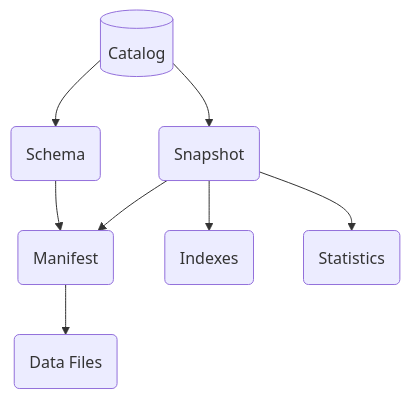
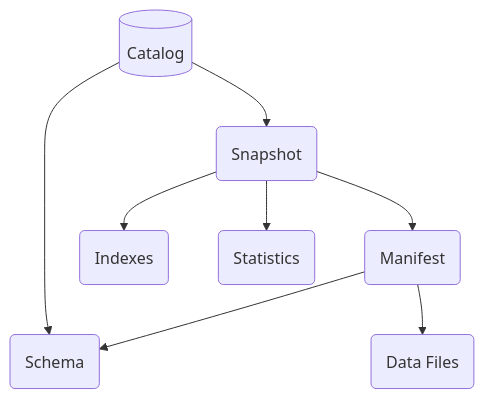
Before and after one commit to mabel-dev/tarchia: the diagram in README.md, drawn with Mermaid.

```diff
--- a/README.md
+++ b/README.md
@@ -38,10 +38,10 @@
 ~~~mermaid
 flowchart TD
     CATALOG[(Catalog)] --> SNAPSHOT(Snapshot)
     CATALOG  --> SCHEMA(Schema)
-    SCHEMA   --> MANIFEST
+    MANIFEST --> SCHEMA
     SNAPSHOT --> MANIFEST(Manifest)
     SNAPSHOT --> INDEX(Indexes)
     SNAPSHOT --> STATS(Statistics)
     MANIFEST --> DATA(Data Files)
 ~~~
```
